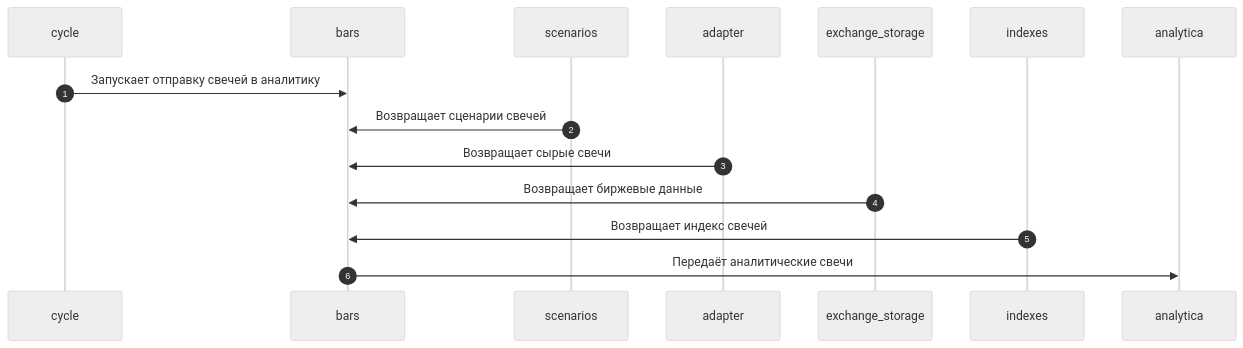
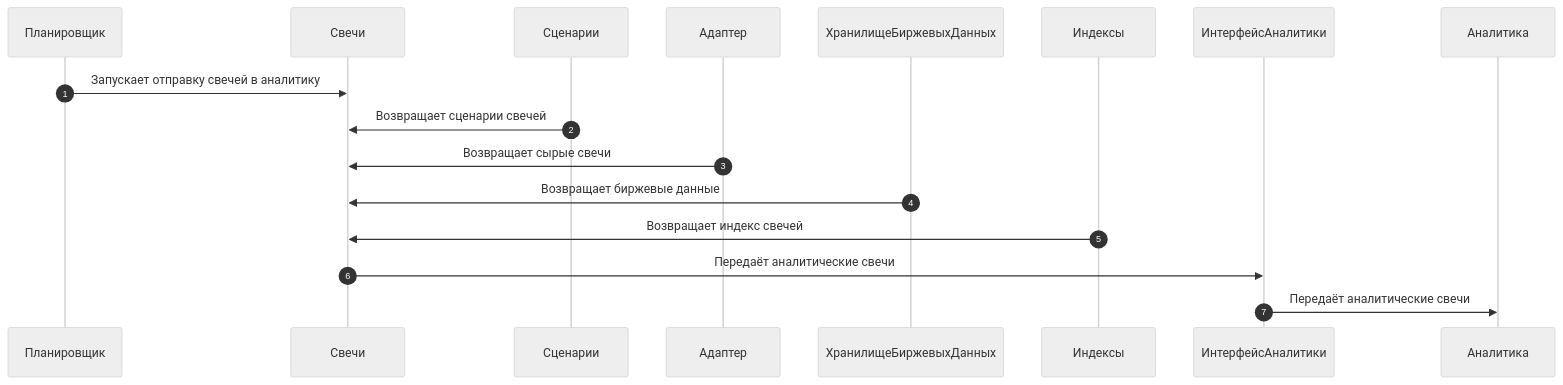
The tenth of 11 diagrams in controller-logic.md (Marat22/MiriadRobotDocs), drawn with Mermaid (neutral theme) before and after one commit. The commit also changed other lines of this file, not shown here.

````diff
--- a/controller-logic.md
+++ b/controller-logic.md
@@ -208,10 +219,11 @@
 ```mermaid
 sequenceDiagram
     autonumber
-    cycle->>bars: Запускает отправку свечей в аналитику
-    scenarios->>bars: Возвращает сценарии свечей
-    adapter->>bars: Возвращает сырые свечи
-    exchange_storage->>bars: Возвращает биржевые данные
-    indexes->>bars: Возвращает индекс свечей
-    bars->>analytica: Передаёт аналитические свечи
+    Планировщик->>Свечи: Запускает отправку свечей в аналитику
+    Сценарии->>Свечи: Возвращает сценарии свечей
+    Адаптер->>Свечи: Возвращает сырые свечи
+    ХранилищеБиржевыхДанных->>Свечи: Возвращает биржевые данные
+    Индексы->>Свечи: Возвращает индекс свечей
+    Свечи->>ИнтерфейсАналитики: Передаёт аналитические свечи
+    ИнтерфейсАналитики->>Аналитика: Передаёт аналитические свечи
 ```
````
